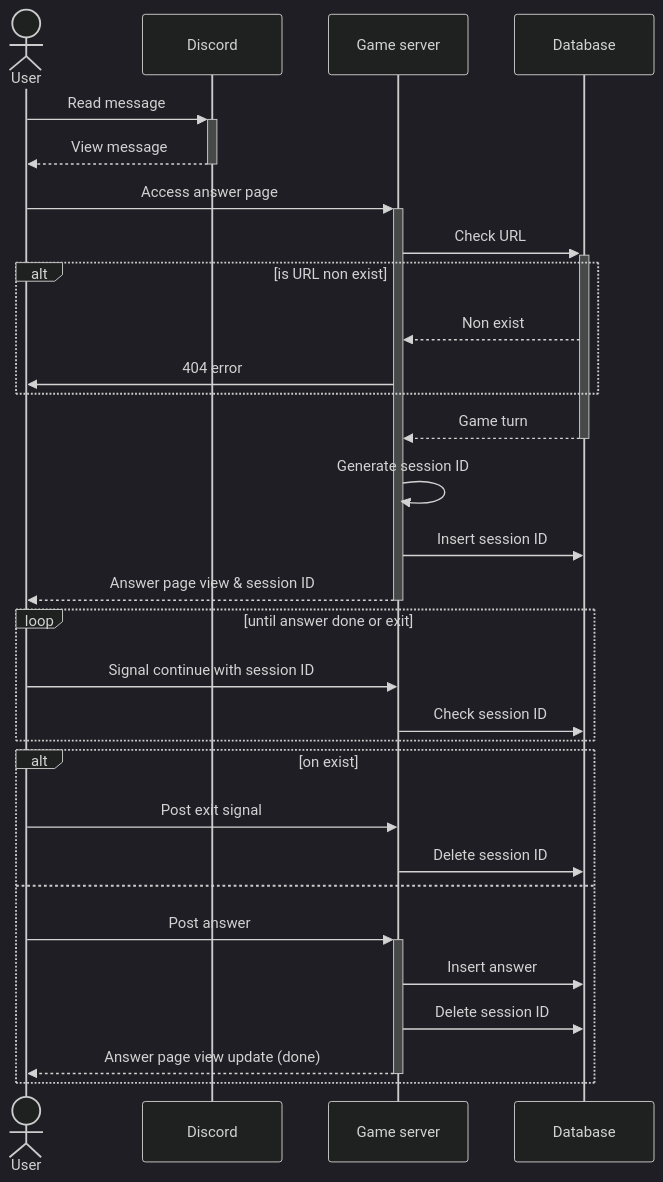
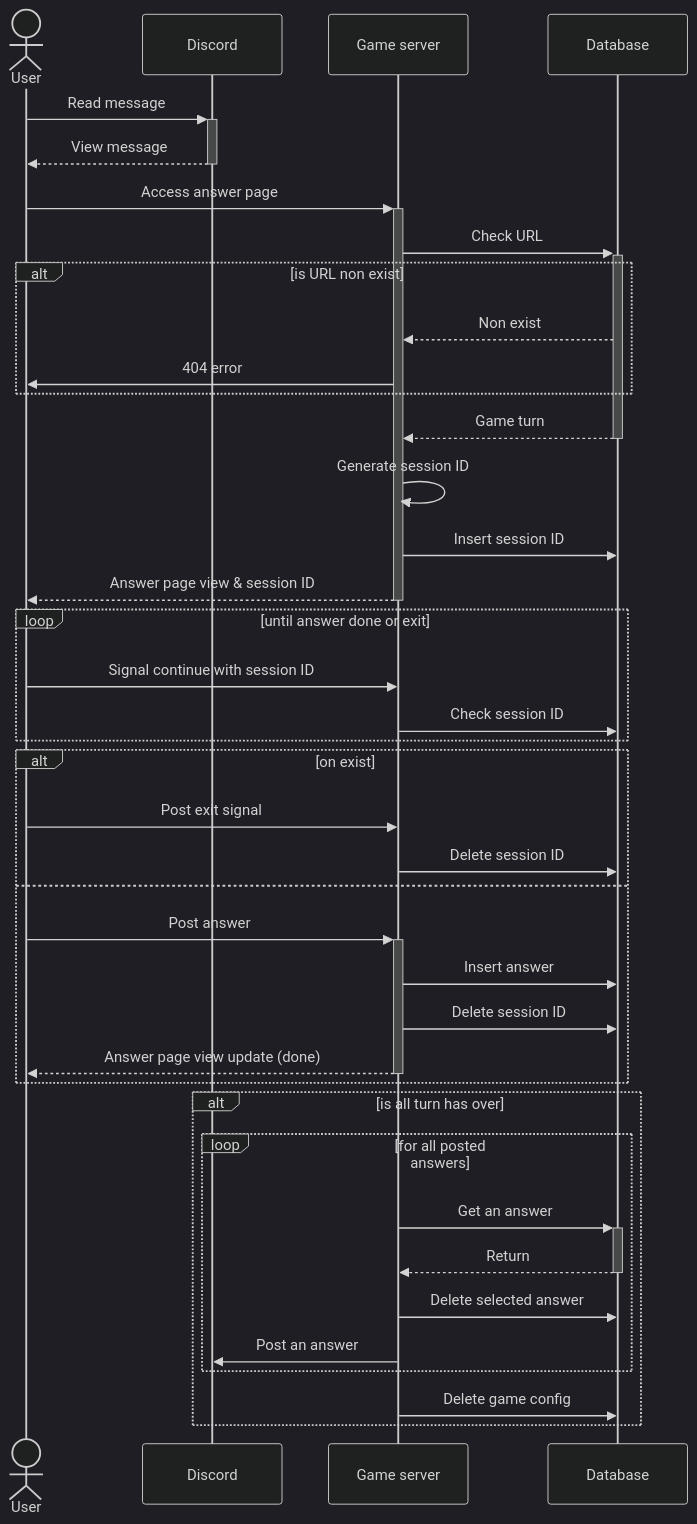
Before and after one commit to aKuad/async-gartic: the second of 3 diagrams in design/Sequence.md, drawn with Mermaid (dark theme). The commit also changed other lines of this file, not shown here.

Commit message:
Sequence diagram updated

````diff
--- a/design/Sequence.md
+++ b/design/Sequence.md
@@ -35,36 +35,46 @@
 ```mermaid
 sequenceDiagram
   actor U as User
   participant DC as Discord
   participant G as Game server
   participant DB as Database
 
   U->>+DC: Read message
   DC-->>-U: View message
 
   U->>+G: Access answer page
   G->>+DB: Check URL
   alt is URL non exist
     DB-->>G: Non exist
     G->>U: 404 error
   end
   DB-->>-G: Game turn
   G->>G: Generate session ID
   G->>DB: Insert session ID
   G-->>-U: Answer page view & session ID
 
   loop until answer done or exit
     U->>G: Signal continue with session ID
     G->>DB: Check session ID
   end
 
   alt on exist
     U->>G: Post exit signal
     G->>DB: Delete session ID
   else
     U->>+G: Post answer
     G->>DB: Insert answer
     G->>DB: Delete session ID
     G-->>-U: Answer page view update (done)
   end
+
+  alt is all turn has over
+    loop for all posted answers
+      G->>+DB: Get an answer
+      DB-->>-G: Return
+      G->>DB: Delete selected answer
+      G->>DC: Post an answer
+    end
+    G->>DB: Delete game config
+  end
 ```
````
